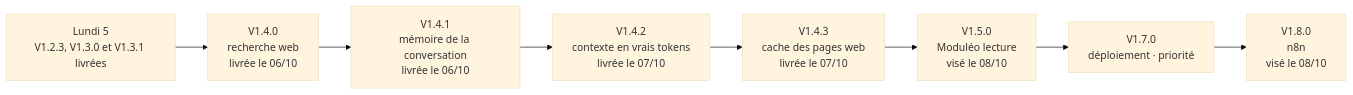
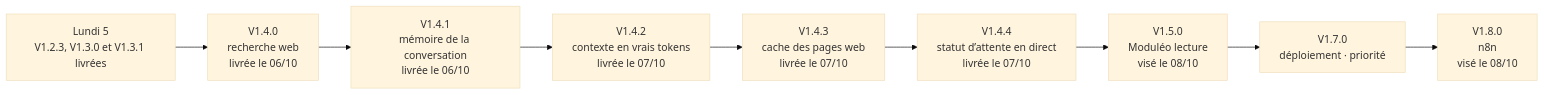
Before and after one commit to UlyssouLV/BBASS-Agents-IA: the third of 3 diagrams in README.md, drawn with Mermaid (base theme). The commit also changed other lines of this file and 256 other files, not shown here.

First line of the commit message:
V1.4.4 — Statut d’attente dynamique pendant une réponse (#168)

````diff
--- a/README.md
+++ b/README.md
@@ -151,10 +161,11 @@
 ```mermaid
 flowchart LR
   L05["Lundi 5<br/>V1.2.3, V1.3.0 et V1.3.1 livrées"] --> V140["V1.4.0<br/>recherche web<br/>livrée le 06/10"]
   V140 --> V141["V1.4.1<br/>mémoire de la conversation<br/>livrée le 06/10"]
   V141 --> V142["V1.4.2<br/>contexte en vrais tokens<br/>livrée le 07/10"]
   V142 --> V143["V1.4.3<br/>cache des pages web<br/>livrée le 07/10"]
-  V143 --> V150["V1.5.0<br/>Moduléo lecture<br/>visé le 08/10"]
+  V143 --> V144["V1.4.4<br/>statut d’attente en direct<br/>livrée le 07/10"]
+  V144 --> V150["V1.5.0<br/>Moduléo lecture<br/>visé le 08/10"]
   V150 --> V170["V1.7.0<br/>déploiement · priorité"]
   V170 --> V180["V1.8.0<br/>n8n<br/>visé le 08/10"]
 ```
````
